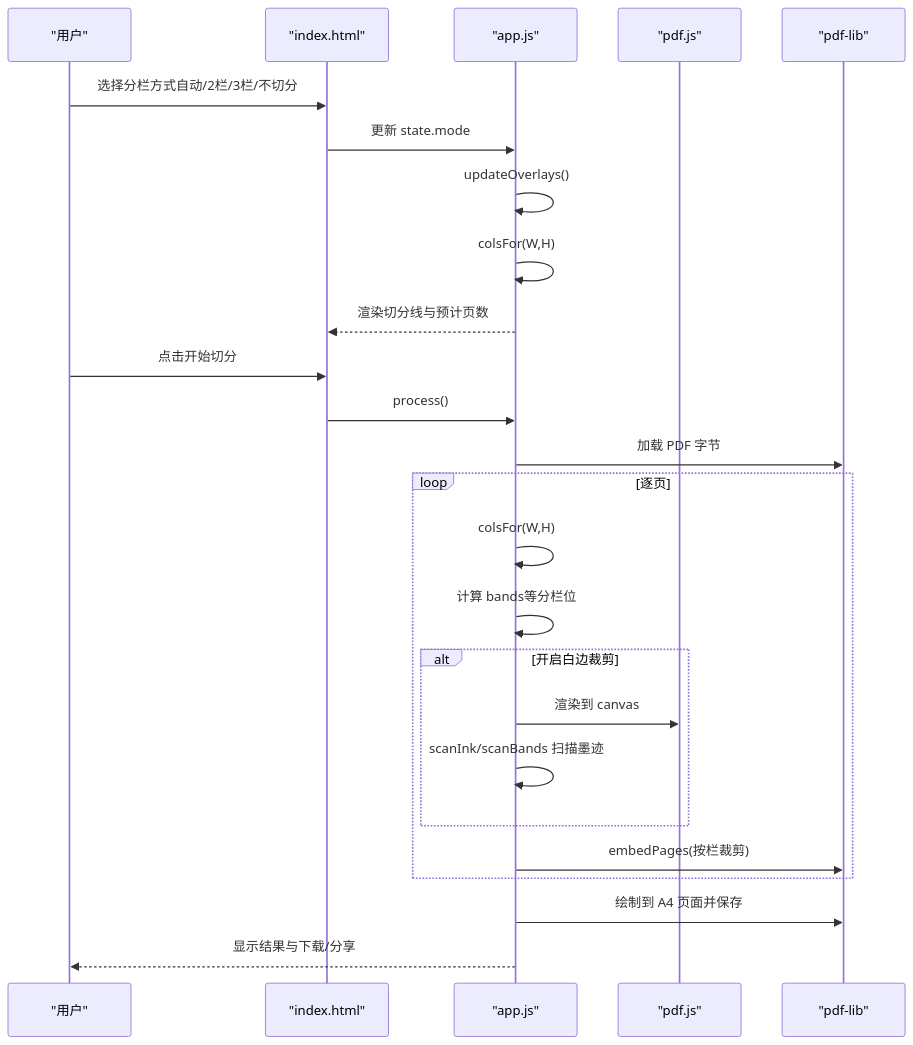
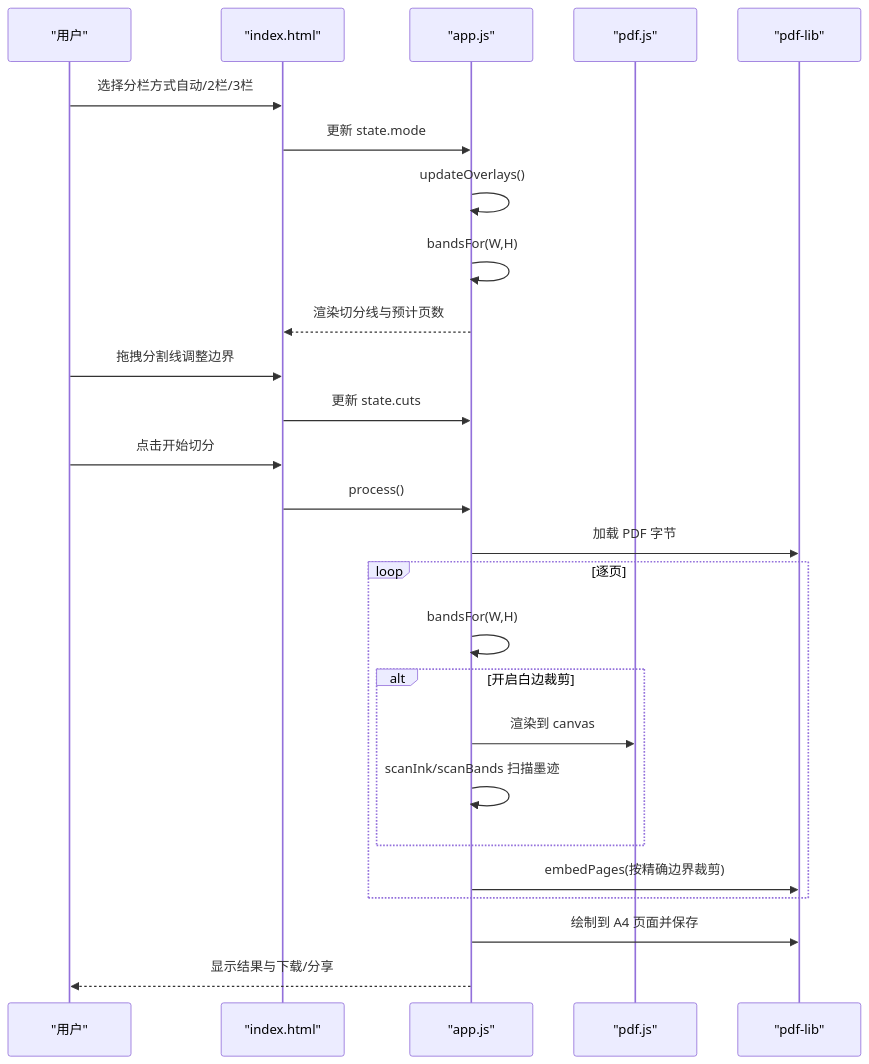
The second of 9 diagrams in .qoder/repowiki/zh/content/PDF处理引擎/智能栏数识别.md (wzh8080/PDFTools), drawn with Mermaid before and after one commit. The commit also changed other lines of this file and 29 other files, not shown here.

````diff
--- a/.qoder/repowiki/zh/content/PDF处理引擎/智能栏数识别.md
+++ b/.qoder/repowiki/zh/content/PDF处理引擎/智能栏数识别.md
@@ -82,27 +116,28 @@
 ```mermaid
 sequenceDiagram
 participant User as "用户"
 participant UI as "index.html"
 participant App as "app.js"
 participant PDFJS as "pdf.js"
 participant PDFLib as "pdf-lib"
-User->>UI : 选择分栏方式自动/2栏/3栏/不切分
+User->>UI : 选择分栏方式自动/2栏/3栏
 UI->>App : 更新 state.mode
 App->>App : updateOverlays()
-App->>App : colsFor(W,H)
+App->>App : bandsFor(W,H)
 App-->>UI : 渲染切分线与预计页数
+User->>UI : 拖拽分割线调整边界
+UI->>App : 更新 state.cuts
 User->>UI : 点击开始切分
 UI->>App : process()
 App->>PDFLib : 加载 PDF 字节
 loop 逐页
-App->>App : colsFor(W,H)
-App->>App : 计算 bands等分栏位
+App->>App : bandsFor(W,H)
 alt 开启白边裁剪
 App->>PDFJS : 渲染到 canvas
 App->>App : scanInk/scanBands 扫描墨迹
 end
-App->>PDFLib : embedPages(按栏裁剪)
+App->>PDFLib : embedPages(按精确边界裁剪)
 end
 App->>PDFLib : 绘制到 A4 页面并保存
 App-->>User : 显示结果与下载/分享
 ```
````
